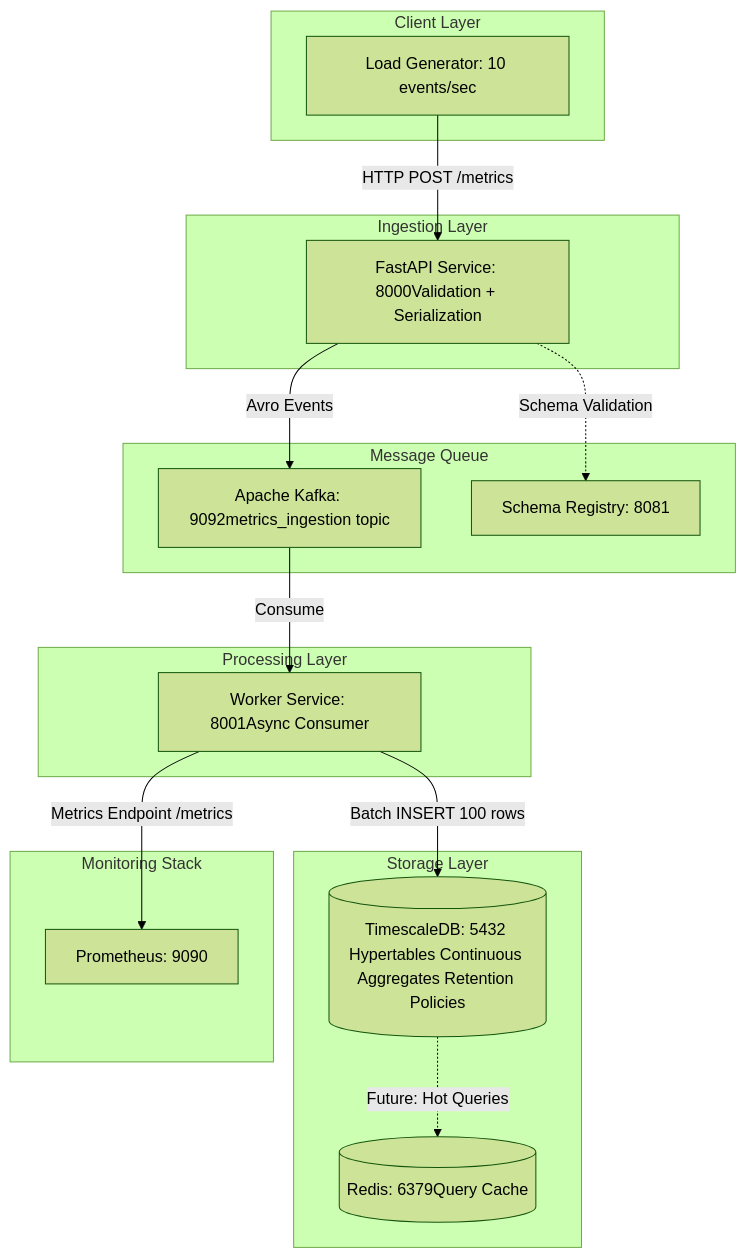
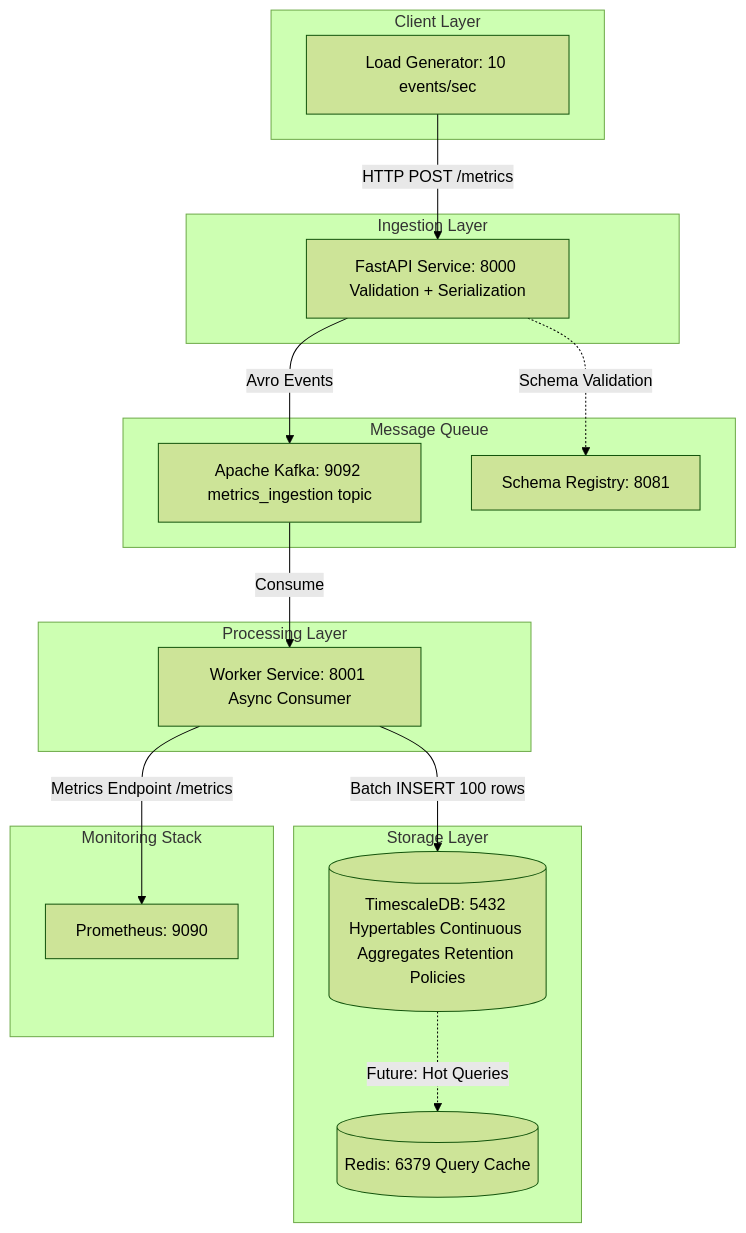
The diagram in README.md (RonanRibouletPython/Realtime-Analytics-Platform-V2), drawn with Mermaid (forest theme) before and after one commit.

````diff
--- a/README.md
+++ b/README.md
@@ -10,36 +10,36 @@
 ```mermaid
 graph TB
     subgraph clients["Client Layer"]
         LG[Load Generator: 10 events/sec]
     end
     
     subgraph ingestion["Ingestion Layer"]
-        API[FastAPI Service: 8000Validation + Serialization]
+        API[FastAPI Service: 8000 Validation + Serialization]
     end
     
     subgraph messaging["Message Queue"]
-        KAFKA[Apache Kafka: 9092metrics_ingestion topic]
+        KAFKA[Apache Kafka: 9092 metrics_ingestion topic]
         SR[Schema Registry: 8081]
     end
     
     subgraph processing["Processing Layer"]
-        WORKER[Worker Service: 8001Async Consumer]
+        WORKER[Worker Service: 8001 Async Consumer]
     end
     
     subgraph storage["Storage Layer"]
         TS[(TimescaleDB: 5432 Hypertables Continuous Aggregates Retention Policies)]
-        REDIS[(Redis: 6379Query Cache)]
+        REDIS[(Redis: 6379 Query Cache)]
     end
     
     subgraph monitoring["Monitoring Stack"]
         PROM[Prometheus: 9090]
     end
 
     LG -->|HTTP POST /metrics| API
     API -->|Avro Events| KAFKA
     API -.->|Schema Validation| SR
     KAFKA -->|Consume| WORKER
     WORKER -->|Batch INSERT 100 rows| TS
     WORKER -->|Metrics Endpoint /metrics| PROM
     TS -.->|Future: Hot Queries| REDIS
 ```
````
